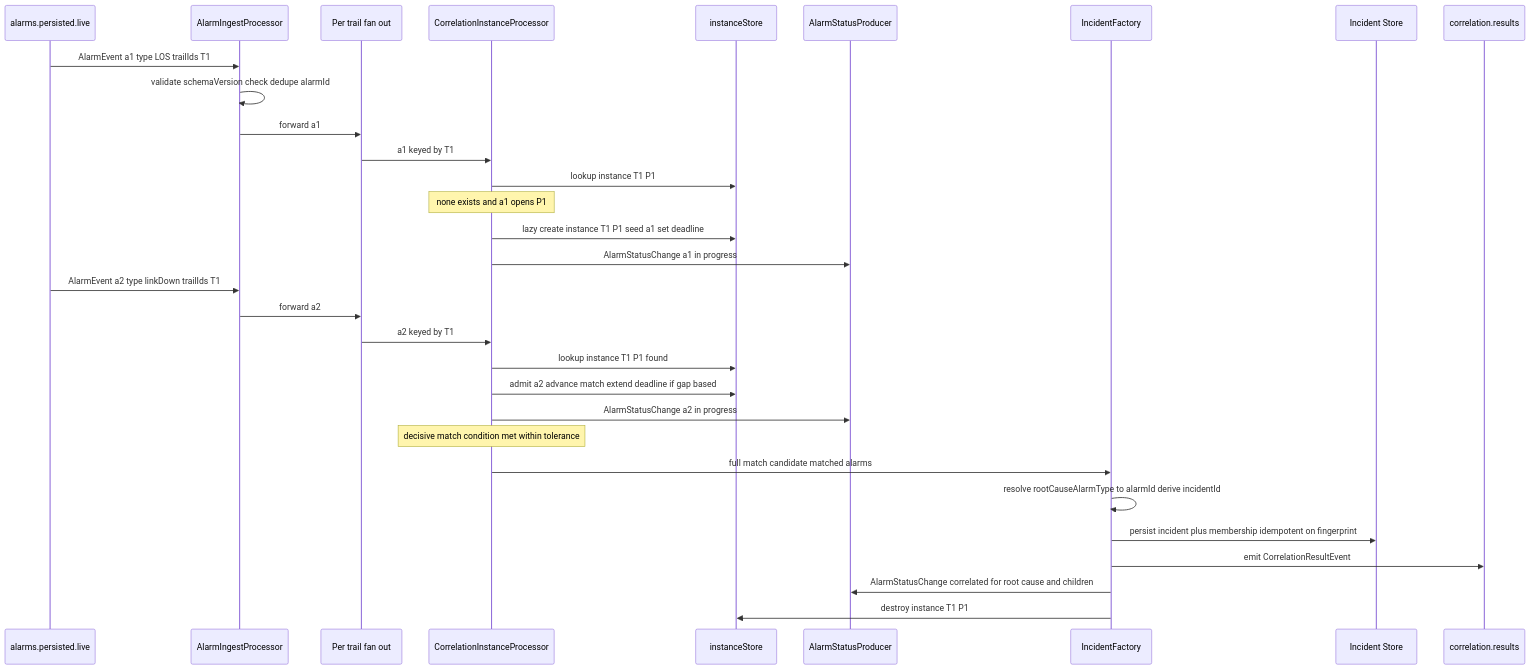
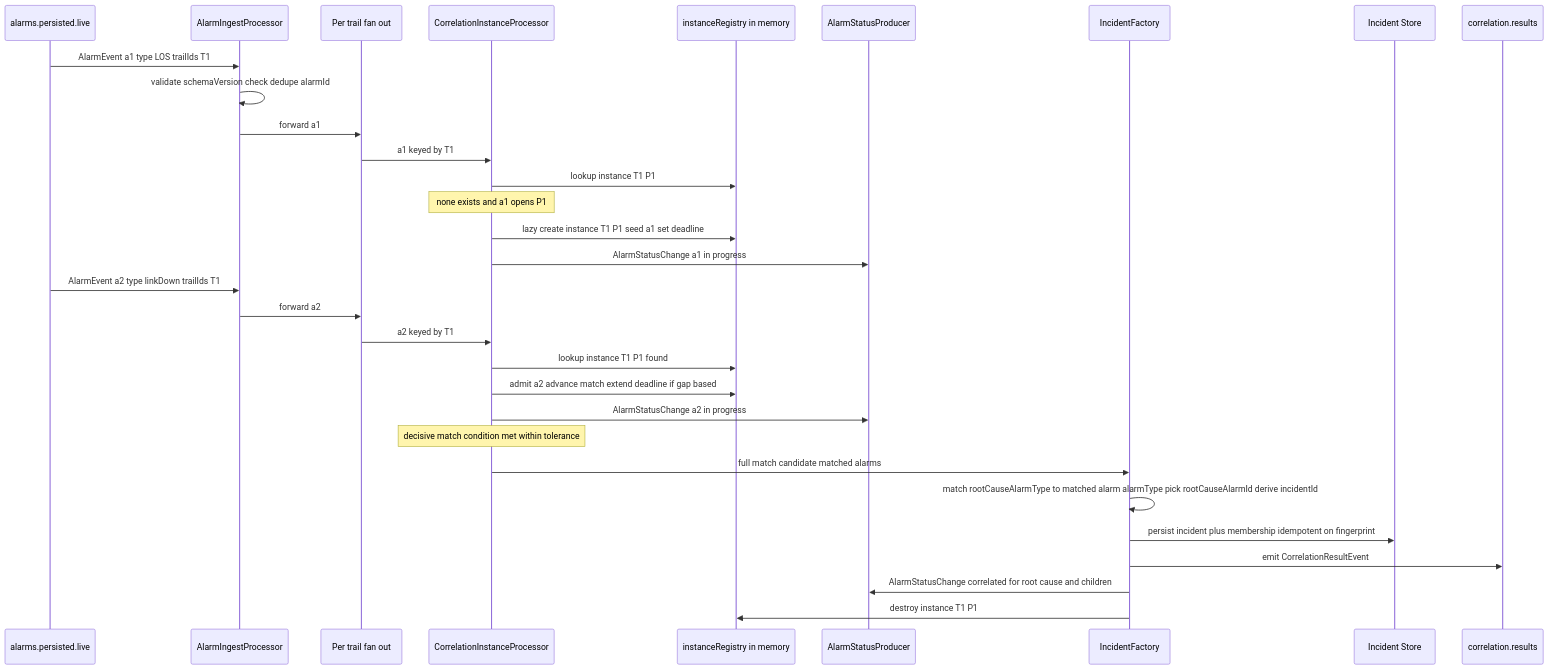
Before and after one commit to nikhilmohan/correlation-platform: the fifth of 10 diagrams in services/correlation-engine/design.md, drawn with Mermaid. The commit also changed other lines of this file and 240 other files, not shown here.

````diff
--- a/services/correlation-engine/design.md
+++ b/services/correlation-engine/design.md
@@ -517,34 +693,34 @@
 ```mermaid
 sequenceDiagram
   participant K as alarms.persisted.live
   participant AC as AlarmIngestProcessor
   participant FAN as Per trail fan out
   participant CIP as CorrelationInstanceProcessor
-  participant IST as instanceStore
+  participant IST as instanceRegistry in memory
   participant ASP as AlarmStatusProducer
   participant IF as IncidentFactory
   participant DB as Incident Store
   participant OUT as correlation.results
 
   K->>AC: AlarmEvent a1 type LOS trailIds T1
   AC->>AC: validate schemaVersion check dedupe alarmId
   AC->>FAN: forward a1
   FAN->>CIP: a1 keyed by T1
   CIP->>IST: lookup instance T1 P1
   Note over CIP: none exists and a1 opens P1
   CIP->>IST: lazy create instance T1 P1 seed a1 set deadline
   CIP->>ASP: AlarmStatusChange a1 in progress
   K->>AC: AlarmEvent a2 type linkDown trailIds T1
   AC->>FAN: forward a2
   FAN->>CIP: a2 keyed by T1
   CIP->>IST: lookup instance T1 P1 found
   CIP->>IST: admit a2 advance match extend deadline if gap based
   CIP->>ASP: AlarmStatusChange a2 in progress
   Note over CIP: decisive match condition met within tolerance
   CIP->>IF: full match candidate matched alarms
-  IF->>IF: resolve rootCauseAlarmType to alarmId derive incidentId
+  IF->>IF: match rootCauseAlarmType to matched alarm alarmType pick rootCauseAlarmId derive incidentId
   IF->>DB: persist incident plus membership idempotent on fingerprint
   IF->>OUT: emit CorrelationResultEvent
   IF->>ASP: AlarmStatusChange correlated for root cause and children
   IF->>IST: destroy instance T1 P1
 ```
````
